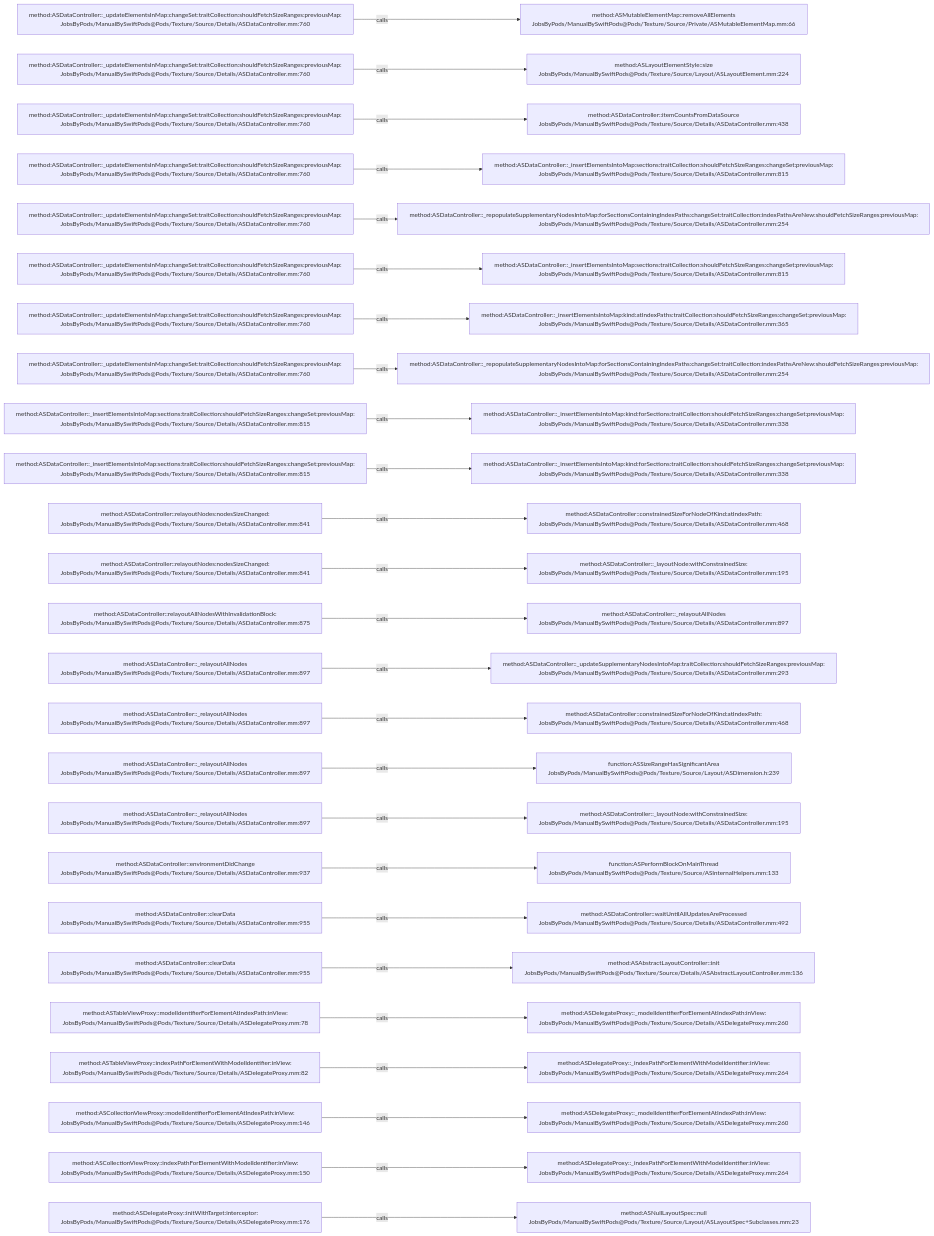
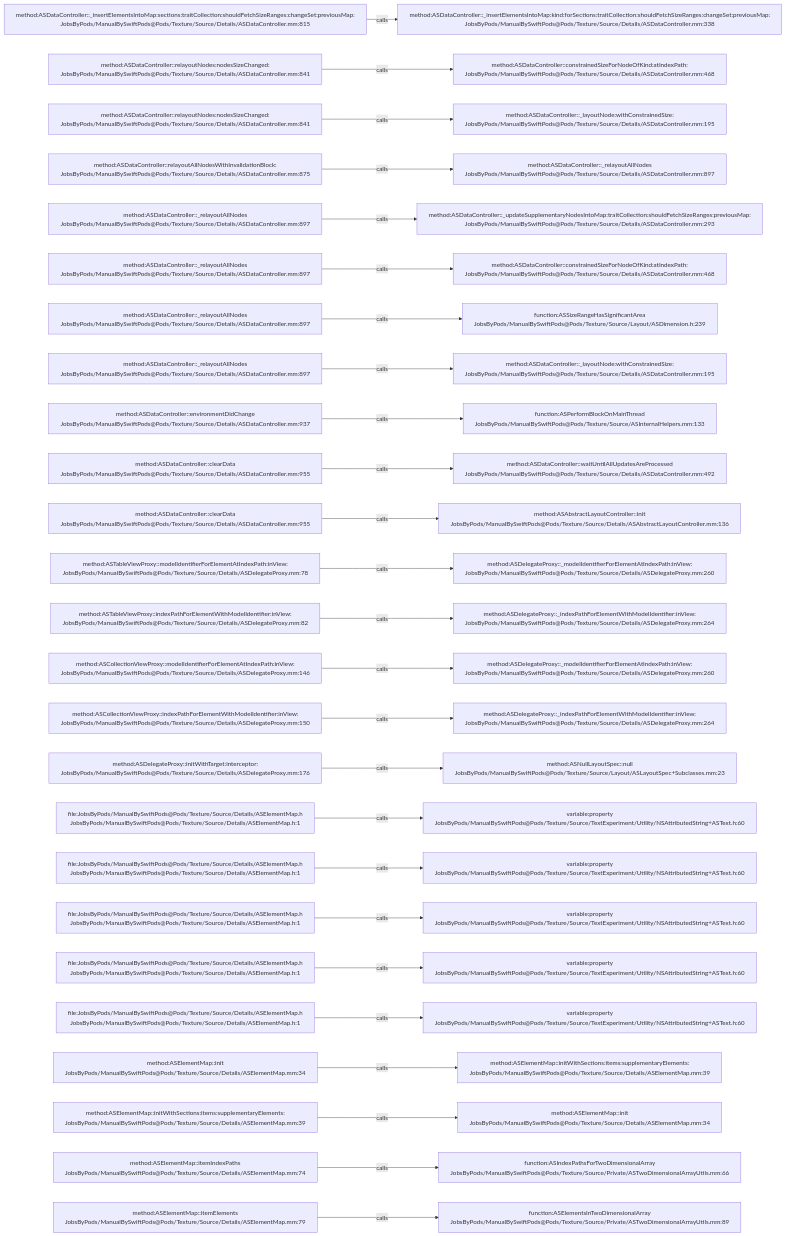
Before and after one commit to JobsKits/JobsSwiftBaseConfigDemo: the diagram in .codegraph/codegraph.md/graphs/calls-087.md, drawn with Mermaid. The commit also changed 707 other files, not shown here.

````diff
--- a/.codegraph/codegraph.md/graphs/calls-087.md
+++ b/.codegraph/codegraph.md/graphs/calls-087.md
@@ -13,78 +13,78 @@
 ```mermaid
 flowchart LR
-  S1["method:ASDataController::_updateElementsInMap:changeSet:traitCollection:shouldFetchSizeRanges:previousMap:<br/>JobsByPods/ManualBySwiftPods@Pods/Texture/Source/Details/ASDataController.mm:760"]
-  T1["method:ASMutableElementMap::removeAllElements<br/>JobsByPods/ManualBySwiftPods@Pods/Texture/Source/Private/ASMutableElementMap.mm:66"]
+  S1["method:ASDataController::_insertElementsIntoMap:sections:traitCollection:shouldFetchSizeRanges:changeSet:previousMap:<br/>JobsByPods/ManualBySwiftPods@Pods/Texture/Source/Details/ASDataController.mm:815"]
+  T1["method:ASDataController::_insertElementsIntoMap:kind:forSections:traitCollection:shouldFetchSizeRanges:changeSet:previousMap:<br/>JobsByPods/ManualBySwiftPods@Pods/Texture/Source/Details/ASDataController.mm:338"]
   S1 -->|calls| T1
-  S2["method:ASDataController::_updateElementsInMap:changeSet:traitCollection:shouldFetchSizeRanges:previousMap:<br/>JobsByPods/ManualBySwiftPods@Pods/Texture/Source/Details/ASDataController.mm:760"]
-  T2["method:ASLayoutElementStyle::size<br/>JobsByPods/ManualBySwiftPods@Pods/Texture/Source/Layout/ASLayoutElement.mm:224"]
+  S2["method:ASDataController::relayoutNodes:nodesSizeChanged:<br/>JobsByPods/ManualBySwiftPods@Pods/Texture/Source/Details/ASDataController.mm:841"]
+  T2["method:ASDataController::constrainedSizeForNodeOfKind:atIndexPath:<br/>JobsByPods/ManualBySwiftPods@Pods/Texture/Source/Details/ASDataController.mm:468"]
   S2 -->|calls| T2
-  S3["method:ASDataController::_updateElementsInMap:changeSet:traitCollection:shouldFetchSizeRanges:previousMap:<br/>JobsByPods/ManualBySwiftPods@Pods/Texture/Source/Details/ASDataController.mm:760"]
-  T3["method:ASDataController::itemCountsFromDataSource<br/>JobsByPods/ManualBySwiftPods@Pods/Texture/Source/Details/ASDataController.mm:438"]
+  S3["method:ASDataController::relayoutNodes:nodesSizeChanged:<br/>JobsByPods/ManualBySwiftPods@Pods/Texture/Source/Details/ASDataController.mm:841"]
+  T3["method:ASDataController::_layoutNode:withConstrainedSize:<br/>JobsByPods/ManualBySwiftPods@Pods/Texture/Source/Details/ASDataController.mm:195"]
   S3 -->|calls| T3
-  S4["method:ASDataController::_updateElementsInMap:changeSet:traitCollection:shouldFetchSizeRanges:previousMap:<br/>JobsByPods/ManualBySwiftPods@Pods/Texture/Source/Details/ASDataController.mm:760"]
-  T4["method:ASDataController::_insertElementsIntoMap:sections:traitCollection:shouldFetchSizeRanges:changeSet:previousMap:<br/>JobsByPods/ManualBySwiftPods@Pods/Texture/Source/Details/ASDataController.mm:815"]
+  S4["method:ASDataController::relayoutAllNodesWithInvalidationBlock:<br/>JobsByPods/ManualBySwiftPods@Pods/Texture/Source/Details/ASDataController.mm:875"]
+  T4["method:ASDataController::_relayoutAllNodes<br/>JobsByPods/ManualBySwiftPods@Pods/Texture/Source/Details/ASDataController.mm:897"]
   S4 -->|calls| T4
-  S5["method:ASDataController::_updateElementsInMap:changeSet:traitCollection:shouldFetchSizeRanges:previousMap:<br/>JobsByPods/ManualBySwiftPods@Pods/Texture/Source/Details/ASDataController.mm:760"]
-  T5["method:ASDataController::_repopulateSupplementaryNodesIntoMap:forSectionsContainingIndexPaths:changeSet:traitCollection:indexPathsAreNew:shouldFetchSizeRanges:previousMap:<br/>JobsByPods/ManualBySwiftPods@Pods/Texture/Source/Details/ASDataController.mm:254"]
+  S5["method:ASDataController::_relayoutAllNodes<br/>JobsByPods/ManualBySwiftPods@Pods/Texture/Source/Details/ASDataController.mm:897"]
+  T5["method:ASDataController::_updateSupplementaryNodesIntoMap:traitCollection:shouldFetchSizeRanges:previousMap:<br/>JobsByPods/ManualBySwiftPods@Pods/Texture/Source/Details/ASDataController.mm:293"]
   S5 -->|calls| T5
-  S6["method:ASDataController::_updateElementsInMap:changeSet:traitCollection:shouldFetchSizeRanges:previousMap:<br/>JobsByPods/ManualBySwiftPods@Pods/Texture/Source/Details/ASDataController.mm:760"]
-  T6["method:ASDataController::_insertElementsIntoMap:sections:traitCollection:shouldFetchSizeRanges:changeSet:previousMap:<br/>JobsByPods/ManualBySwiftPods@Pods/Texture/Source/Details/ASDataController.mm:815"]
+  S6["method:ASDataController::_relayoutAllNodes<br/>JobsByPods/ManualBySwiftPods@Pods/Texture/Source/Details/ASDataController.mm:897"]
+  T6["method:ASDataController::constrainedSizeForNodeOfKind:atIndexPath:<br/>JobsByPods/ManualBySwiftPods@Pods/Texture/Source/Details/ASDataController.mm:468"]
   S6 -->|calls| T6
-  S7["method:ASDataController::_updateElementsInMap:changeSet:traitCollection:shouldFetchSizeRanges:previousMap:<br/>JobsByPods/ManualBySwiftPods@Pods/Texture/Source/Details/ASDataController.mm:760"]
-  T7["method:ASDataController::_insertElementsIntoMap:kind:atIndexPaths:traitCollection:shouldFetchSizeRanges:changeSet:previousMap:<br/>JobsByPods/ManualBySwiftPods@Pods/Texture/Source/Details/ASDataController.mm:365"]
+  S7["method:ASDataController::_relayoutAllNodes<br/>JobsByPods/ManualBySwiftPods@Pods/Texture/Source/Details/ASDataController.mm:897"]
+  T7["function:ASSizeRangeHasSignificantArea<br/>JobsByPods/ManualBySwiftPods@Pods/Texture/Source/Layout/ASDimension.h:239"]
   S7 -->|calls| T7
-  S8["method:ASDataController::_updateElementsInMap:changeSet:traitCollection:shouldFetchSizeRanges:previousMap:<br/>JobsByPods/ManualBySwiftPods@Pods/Texture/Source/Details/ASDataController.mm:760"]
-  T8["method:ASDataController::_repopulateSupplementaryNodesIntoMap:forSectionsContainingIndexPaths:changeSet:traitCollection:indexPathsAreNew:shouldFetchSizeRanges:previousMap:<br/>JobsByPods/ManualBySwiftPods@Pods/Texture/Source/Details/ASDataController.mm:254"]
+  S8["method:ASDataController::_relayoutAllNodes<br/>JobsByPods/ManualBySwiftPods@Pods/Texture/Source/Details/ASDataController.mm:897"]
+  T8["method:ASDataController::_layoutNode:withConstrainedSize:<br/>JobsByPods/ManualBySwiftPods@Pods/Texture/Source/Details/ASDataController.mm:195"]
   S8 -->|calls| T8
-  S9["method:ASDataController::_insertElementsIntoMap:sections:traitCollection:shouldFetchSizeRanges:changeSet:previousMap:<br/>JobsByPods/ManualBySwiftPods@Pods/Texture/Source/Details/ASDataController.mm:815"]
-  T9["method:ASDataController::_insertElementsIntoMap:kind:forSections:traitCollection:shouldFetchSizeRanges:changeSet:previousMap:<br/>JobsByPods/ManualBySwiftPods@Pods/Texture/Source/Details/ASDataController.mm:338"]
+  S9["method:ASDataController::environmentDidChange<br/>JobsByPods/ManualBySwiftPods@Pods/Texture/Source/Details/ASDataController.mm:937"]
+  T9["function:ASPerformBlockOnMainThread<br/>JobsByPods/ManualBySwiftPods@Pods/Texture/Source/ASInternalHelpers.mm:133"]
   S9 -->|calls| T9
-  S10["method:ASDataController::_insertElementsIntoMap:sections:traitCollection:shouldFetchSizeRanges:changeSet:previousMap:<br/>JobsByPods/ManualBySwiftPods@Pods/Texture/Source/Details/ASDataController.mm:815"]
-  T10["method:ASDataController::_insertElementsIntoMap:kind:forSections:traitCollection:shouldFetchSizeRanges:changeSet:previousMap:<br/>JobsByPods/ManualBySwiftPods@Pods/Texture/Source/Details/ASDataController.mm:338"]
+  S10["method:ASDataController::clearData<br/>JobsByPods/ManualBySwiftPods@Pods/Texture/Source/Details/ASDataController.mm:955"]
+  T10["method:ASDataController::waitUntilAllUpdatesAreProcessed<br/>JobsByPods/ManualBySwiftPods@Pods/Texture/Source/Details/ASDataController.mm:492"]
   S10 -->|calls| T10
-  S11["method:ASDataController::relayoutNodes:nodesSizeChanged:<br/>JobsByPods/ManualBySwiftPods@Pods/Texture/Source/Details/ASDataController.mm:841"]
-  T11["method:ASDataController::constrainedSizeForNodeOfKind:atIndexPath:<br/>JobsByPods/ManualBySwiftPods@Pods/Texture/Source/Details/ASDataController.mm:468"]
+  S11["method:ASDataController::clearData<br/>JobsByPods/ManualBySwiftPods@Pods/Texture/Source/Details/ASDataController.mm:955"]
+  T11["method:ASAbstractLayoutController::init<br/>JobsByPods/ManualBySwiftPods@Pods/Texture/Source/Details/ASAbstractLayoutController.mm:136"]
   S11 -->|calls| T11
-  S12["method:ASDataController::relayoutNodes:nodesSizeChanged:<br/>JobsByPods/ManualBySwiftPods@Pods/Texture/Source/Details/ASDataController.mm:841"]
-  T12["method:ASDataController::_layoutNode:withConstrainedSize:<br/>JobsByPods/ManualBySwiftPods@Pods/Texture/Source/Details/ASDataController.mm:195"]
+  S12["method:ASTableViewProxy::modelIdentifierForElementAtIndexPath:inView:<br/>JobsByPods/ManualBySwiftPods@Pods/Texture/Source/Details/ASDelegateProxy.mm:78"]
+  T12["method:ASDelegateProxy::_modelIdentifierForElementAtIndexPath:inView:<br/>JobsByPods/ManualBySwiftPods@Pods/Texture/Source/Details/ASDelegateProxy.mm:260"]
   S12 -->|calls| T12
-  S13["method:ASDataController::relayoutAllNodesWithInvalidationBlock:<br/>JobsByPods/ManualBySwiftPods@Pods/Texture/Source/Details/ASDataController.mm:875"]
-  T13["method:ASDataController::_relayoutAllNodes<br/>JobsByPods/ManualBySwiftPods@Pods/Texture/Source/Details/ASDataController.mm:897"]
+  S13["method:ASTableViewProxy::indexPathForElementWithModelIdentifier:inView:<br/>JobsByPods/ManualBySwiftPods@Pods/Texture/Source/Details/ASDelegateProxy.mm:82"]
+  T13["method:ASDelegateProxy::_indexPathForElementWithModelIdentifier:inView:<br/>JobsByPods/ManualBySwiftPods@Pods/Texture/Source/Details/ASDelegateProxy.mm:264"]
   S13 -->|calls| T13
-  S14["method:ASDataController::_relayoutAllNodes<br/>JobsByPods/ManualBySwiftPods@Pods/Texture/Source/Details/ASDataController.mm:897"]
-  T14["method:ASDataController::_updateSupplementaryNodesIntoMap:traitCollection:shouldFetchSizeRanges:previousMap:<br/>JobsByPods/ManualBySwiftPods@Pods/Texture/Source/Details/ASDataController.mm:293"]
+  S14["method:ASCollectionViewProxy::modelIdentifierForElementAtIndexPath:inView:<br/>JobsByPods/ManualBySwiftPods@Pods/Texture/Source/Details/ASDelegateProxy.mm:146"]
+  T14["method:ASDelegateProxy::_modelIdentifierForElementAtIndexPath:inView:<br/>JobsByPods/ManualBySwiftPods@Pods/Texture/Source/Details/ASDelegateProxy.mm:260"]
   S14 -->|calls| T14
-  S15["method:ASDataController::_relayoutAllNodes<br/>JobsByPods/ManualBySwiftPods@Pods/Texture/Source/Details/ASDataController.mm:897"]
-  T15["method:ASDataController::constrainedSizeForNodeOfKind:atIndexPath:<br/>JobsByPods/ManualBySwiftPods@Pods/Texture/Source/Details/ASDataController.mm:468"]
+  S15["method:ASCollectionViewProxy::indexPathForElementWithModelIdentifier:inView:<br/>JobsByPods/ManualBySwiftPods@Pods/Texture/Source/Details/ASDelegateProxy.mm:150"]
+  T15["method:ASDelegateProxy::_indexPathForElementWithModelIdentifier:inView:<br/>JobsByPods/ManualBySwiftPods@Pods/Texture/Source/Details/ASDelegateProxy.mm:264"]
   S15 -->|calls| T15
-  S16["method:ASDataController::_relayoutAllNodes<br/>JobsByPods/ManualBySwiftPods@Pods/Texture/Source/Details/ASDataController.mm:897"]
-  T16["function:ASSizeRangeHasSignificantArea<br/>JobsByPods/ManualBySwiftPods@Pods/Texture/Source/Layout/ASDimension.h:239"]
+  S16["method:ASDelegateProxy::initWithTarget:interceptor:<br/>JobsByPods/ManualBySwiftPods@Pods/Texture/Source/Details/ASDelegateProxy.mm:176"]
+  T16["method:ASNullLayoutSpec::null<br/>JobsByPods/ManualBySwiftPods@Pods/Texture/Source/Layout/ASLayoutSpec+Subclasses.mm:23"]
   S16 -->|calls| T16
-  S17["method:ASDataController::_relayoutAllNodes<br/>JobsByPods/ManualBySwiftPods@Pods/Texture/Source/Details/ASDataController.mm:897"]
-  T17["method:ASDataController::_layoutNode:withConstrainedSize:<br/>JobsByPods/ManualBySwiftPods@Pods/Texture/Source/Details/ASDataController.mm:195"]
+  S17["file:JobsByPods/ManualBySwiftPods@Pods/Texture/Source/Details/ASElementMap.h<br/>JobsByPods/ManualBySwiftPods@Pods/Texture/Source/Details/ASElementMap.h:1"]
+  T17["variable:property<br/>JobsByPods/ManualBySwiftPods@Pods/Texture/Source/TextExperiment/Utility/NSAttributedString+ASText.h:60"]
   S17 -->|calls| T17
-  S18["method:ASDataController::environmentDidChange<br/>JobsByPods/ManualBySwiftPods@Pods/Texture/Source/Details/ASDataController.mm:937"]
-  T18["function:ASPerformBlockOnMainThread<br/>JobsByPods/ManualBySwiftPods@Pods/Texture/Source/ASInternalHelpers.mm:133"]
+  S18["file:JobsByPods/ManualBySwiftPods@Pods/Texture/Source/Details/ASElementMap.h<br/>JobsByPods/ManualBySwiftPods@Pods/Texture/Source/Details/ASElementMap.h:1"]
+  T18["variable:property<br/>JobsByPods/ManualBySwiftPods@Pods/Texture/Source/TextExperiment/Utility/NSAttributedString+ASText.h:60"]
   S18 -->|calls| T18
-  S19["method:ASDataController::clearData<br/>JobsByPods/ManualBySwiftPods@Pods/Texture/Source/Details/ASDataController.mm:955"]
-  T19["method:ASDataController::waitUntilAllUpdatesAreProcessed<br/>JobsByPods/ManualBySwiftPods@Pods/Texture/Source/Details/ASDataController.mm:492"]
+  S19["file:JobsByPods/ManualBySwiftPods@Pods/Texture/Source/Details/ASElementMap.h<br/>JobsByPods/ManualBySwiftPods@Pods/Texture/Source/Details/ASElementMap.h:1"]
+  T19["variable:property<br/>JobsByPods/ManualBySwiftPods@Pods/Texture/Source/TextExperiment/Utility/NSAttributedString+ASText.h:60"]
   S19 -->|calls| T19
-  S20["method:ASDataController::clearData<br/>JobsByPods/ManualBySwiftPods@Pods/Texture/Source/Details/ASDataController.mm:955"]
-  T20["method:ASAbstractLayoutController::init<br/>JobsByPods/ManualBySwiftPods@Pods/Texture/Source/Details/ASAbstractLayoutController.mm:136"]
+  S20["file:JobsByPods/ManualBySwiftPods@Pods/Texture/Source/Details/ASElementMap.h<br/>JobsByPods/ManualBySwiftPods@Pods/Texture/Source/Details/ASElementMap.h:1"]
+  T20["variable:property<br/>JobsByPods/ManualBySwiftPods@Pods/Texture/Source/TextExperiment/Utility/NSAttributedString+ASText.h:60"]
   S20 -->|calls| T20
-  S21["method:ASTableViewProxy::modelIdentifierForElementAtIndexPath:inView:<br/>JobsByPods/ManualBySwiftPods@Pods/Texture/Source/Details/ASDelegateProxy.mm:78"]
-  T21["method:ASDelegateProxy::_modelIdentifierForElementAtIndexPath:inView:<br/>JobsByPods/ManualBySwiftPods@Pods/Texture/Source/Details/ASDelegateProxy.mm:260"]
+  S21["file:JobsByPods/ManualBySwiftPods@Pods/Texture/Source/Details/ASElementMap.h<br/>JobsByPods/ManualBySwiftPods@Pods/Texture/Source/Details/ASElementMap.h:1"]
+  T21["variable:property<br/>JobsByPods/ManualBySwiftPods@Pods/Texture/Source/TextExperiment/Utility/NSAttributedString+ASText.h:60"]
   S21 -->|calls| T21
-  S22["method:ASTableViewProxy::indexPathForElementWithModelIdentifier:inView:<br/>JobsByPods/ManualBySwiftPods@Pods/Texture/Source/Details/ASDelegateProxy.mm:82"]
-  T22["method:ASDelegateProxy::_indexPathForElementWithModelIdentifier:inView:<br/>JobsByPods/ManualBySwiftPods@Pods/Texture/Source/Details/ASDelegateProxy.mm:264"]
+  S22["method:ASElementMap::init<br/>JobsByPods/ManualBySwiftPods@Pods/Texture/Source/Details/ASElementMap.mm:34"]
+  T22["method:ASElementMap::initWithSections:items:supplementaryElements:<br/>JobsByPods/ManualBySwiftPods@Pods/Texture/Source/Details/ASElementMap.mm:39"]
   S22 -->|calls| T22
-  S23["method:ASCollectionViewProxy::modelIdentifierForElementAtIndexPath:inView:<br/>JobsByPods/ManualBySwiftPods@Pods/Texture/Source/Details/ASDelegateProxy.mm:146"]
-  T23["method:ASDelegateProxy::_modelIdentifierForElementAtIndexPath:inView:<br/>JobsByPods/ManualBySwiftPods@Pods/Texture/Source/Details/ASDelegateProxy.mm:260"]
+  S23["method:ASElementMap::initWithSections:items:supplementaryElements:<br/>JobsByPods/ManualBySwiftPods@Pods/Texture/Source/Details/ASElementMap.mm:39"]
+  T23["method:ASElementMap::init<br/>JobsByPods/ManualBySwiftPods@Pods/Texture/Source/Details/ASElementMap.mm:34"]
   S23 -->|calls| T23
-  S24["method:ASCollectionViewProxy::indexPathForElementWithModelIdentifier:inView:<br/>JobsByPods/ManualBySwiftPods@Pods/Texture/Source/Details/ASDelegateProxy.mm:150"]
-  T24["method:ASDelegateProxy::_indexPathForElementWithModelIdentifier:inView:<br/>JobsByPods/ManualBySwiftPods@Pods/Texture/Source/Details/ASDelegateProxy.mm:264"]
+  S24["method:ASElementMap::itemIndexPaths<br/>JobsByPods/ManualBySwiftPods@Pods/Texture/Source/Details/ASElementMap.mm:74"]
+  T24["function:ASIndexPathsForTwoDimensionalArray<br/>JobsByPods/ManualBySwiftPods@Pods/Texture/Source/Private/ASTwoDimensionalArrayUtils.mm:66"]
   S24 -->|calls| T24
-  S25["method:ASDelegateProxy::initWithTarget:interceptor:<br/>JobsByPods/ManualBySwiftPods@Pods/Texture/Source/Details/ASDelegateProxy.mm:176"]
-  T25["method:ASNullLayoutSpec::null<br/>JobsByPods/ManualBySwiftPods@Pods/Texture/Source/Layout/ASLayoutSpec+Subclasses.mm:23"]
+  S25["method:ASElementMap::itemElements<br/>JobsByPods/ManualBySwiftPods@Pods/Texture/Source/Details/ASElementMap.mm:79"]
+  T25["function:ASElementsInTwoDimensionalArray<br/>JobsByPods/ManualBySwiftPods@Pods/Texture/Source/Private/ASTwoDimensionalArrayUtils.mm:89"]
   S25 -->|calls| T25
 ```
````
